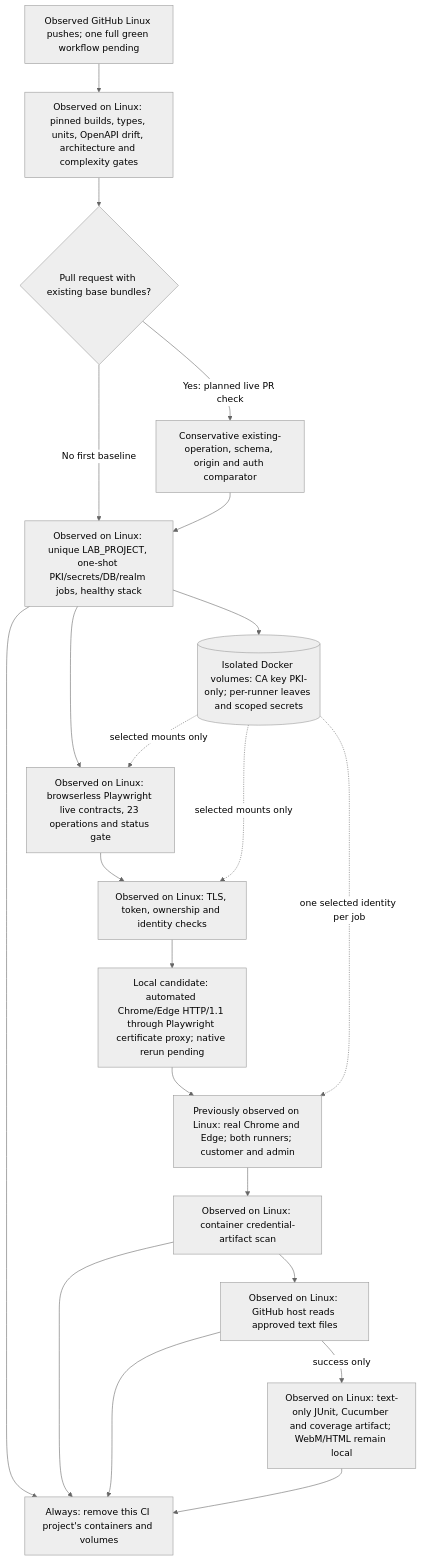
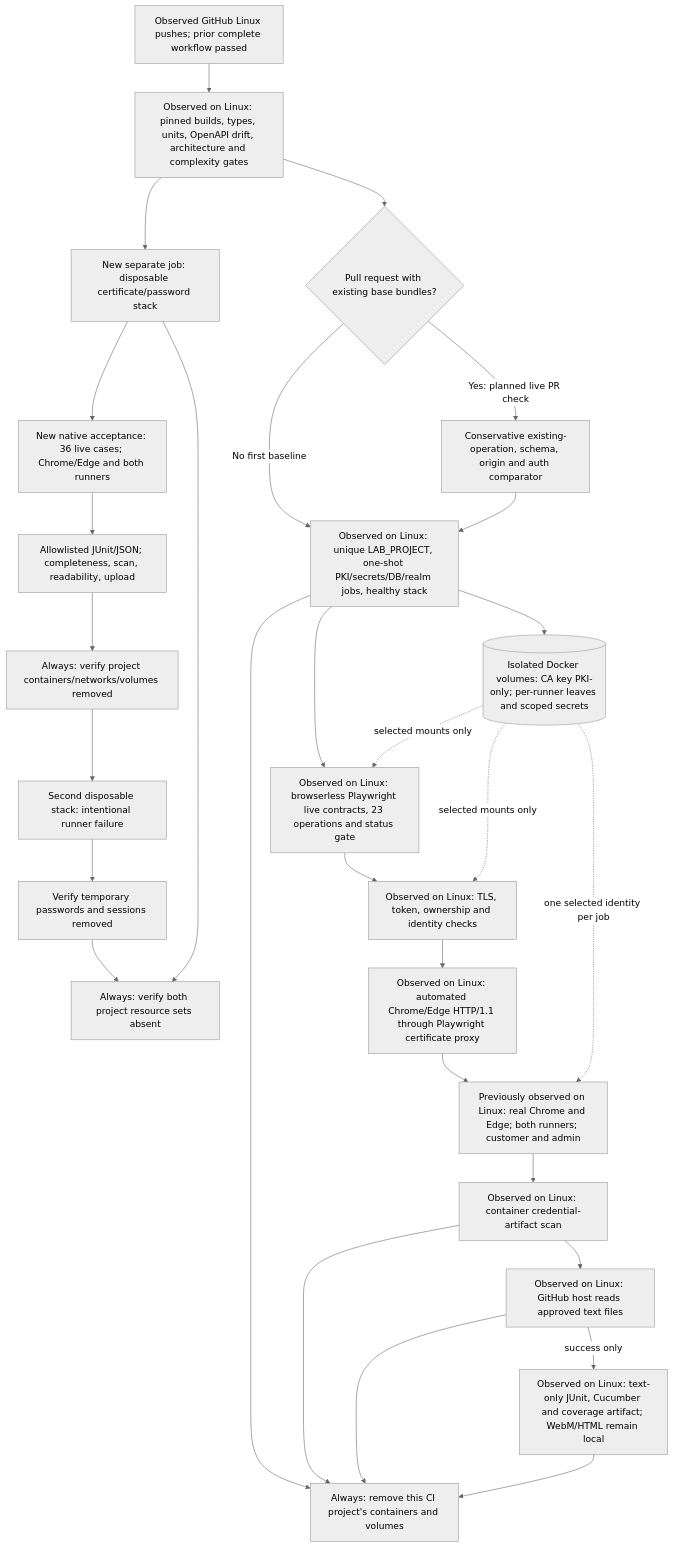
The tenth of 19 diagrams in docs/workflows.md (orieken/testing-with-certs), drawn with Mermaid (neutral theme) before and after one commit. The commit also changed other lines of this file and 14 other files, not shown here.

Commit message:
Run certificate-password teaching matrix in native CI

````diff
--- a/docs/workflows.md
+++ b/docs/workflows.md
@@ -329,23 +339,31 @@
 ```mermaid
 flowchart TD
-  Trigger["Observed GitHub Linux pushes; one full green workflow pending"] --> Static["Observed on Linux: pinned builds, types, units, OpenAPI drift, architecture and complexity gates"]
+  Trigger["Observed GitHub Linux pushes; prior complete workflow passed"] --> Static["Observed on Linux: pinned builds, types, units, OpenAPI drift, architecture and complexity gates"]
+  Static --> Lesson["New separate job: disposable certificate/password stack"]
+  Lesson --> LessonMatrix["New native acceptance: 36 live cases; Chrome/Edge and both runners"]
+  LessonMatrix --> LessonReports["Allowlisted JUnit/JSON; completeness, scan, readability, upload"]
+  LessonReports --> LessonClean["Always: verify project containers/networks/volumes removed"]
+  LessonClean --> Failure["Second disposable stack: intentional runner failure"]
+  Failure --> Fixture["Verify temporary passwords and sessions removed"]
+  Fixture --> FinalClean["Always: verify both project resource sets absent"]
+  Lesson --> FinalClean
   Static --> Base{"Pull request with existing base bundles?"}
   Base -->|"Yes: planned live PR check"| Compare["Conservative existing-operation, schema, origin and auth comparator"]
   Base -->|"No first baseline"| Compose
   Compare --> Compose["Observed on Linux: unique LAB_PROJECT, one-shot PKI/secrets/DB/realm jobs, healthy stack"]
   Compose --> Certs[("Isolated Docker volumes: CA key PKI-only; per-runner leaves and scoped secrets")]
   Compose --> Contracts["Observed on Linux: browserless Playwright live contracts, 23 operations and status gate"]
   Contracts --> Security["Observed on Linux: TLS, token, ownership and identity checks"]
-  Security --> Candidate["Local candidate: automated Chrome/Edge HTTP/1.1 through Playwright certificate proxy; native rerun pending"]
+  Security --> Candidate["Observed on Linux: automated Chrome/Edge HTTP/1.1 through Playwright certificate proxy"]
   Candidate --> Matrix["Previously observed on Linux: real Chrome and Edge; both runners; customer and admin"]
   Certs -.->|"selected mounts only"| Contracts
   Certs -.->|"selected mounts only"| Security
   Certs -.->|"one selected identity per job"| Matrix
   Matrix --> Scan["Observed on Linux: container credential-artifact scan"]
   Scan --> Readable["Observed on Linux: GitHub host reads approved text files"]
   Readable -->|"success only"| Upload["Observed on Linux: text-only JUnit, Cucumber and coverage artifact; WebM/HTML remain local"]
   Compose --> Cleanup["Always: remove this CI project's containers and volumes"]
   Scan --> Cleanup
   Readable --> Cleanup
   Upload --> Cleanup
 ```
````
